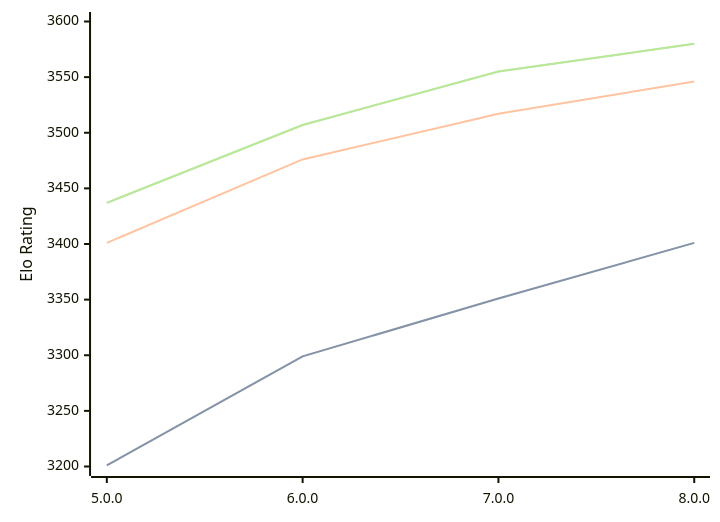
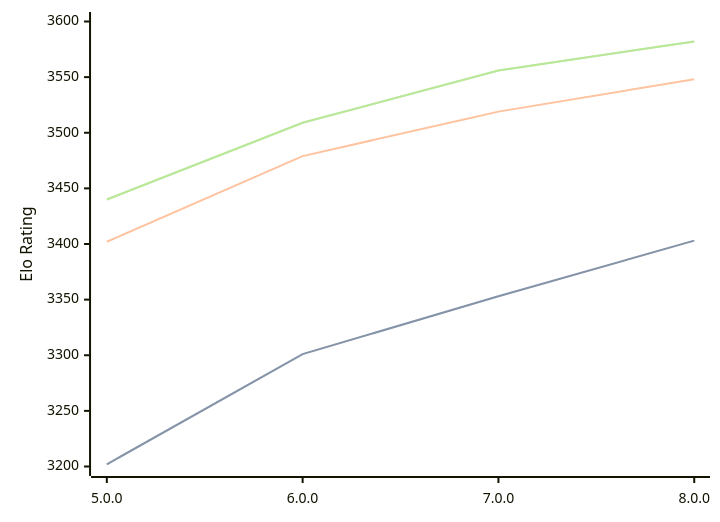
The diagram in engines/Stormphrax.md (computer-chess-index/cci), drawn with Mermaid before and after one commit. The commit also changed other lines of this file, not shown here.

Commit message:
Update CCI Ratings (ELO VLTC) - 2026-09-01

````diff
--- a/engines/Stormphrax.md
+++ b/engines/Stormphrax.md
@@ -34,11 +34,11 @@
 ```mermaid
 %%{init: {"theme":"base","themeVariables":{"seriesColors:['#a3a3a3','#222221','#faa371']}}}%%
 xychart-beta
   x-axis ["5.0.0", "6.0.0", "7.0.0", "8.0.0"]
   y-axis "Elo Rating" 3200 --> 3600
-  line "" [3201, 3299, 3351, 3401]
-  line "STC (8.0+0.08s)" [3201, 3299, 3351, 3401]
-  line "LTC (60.0+0.60s)" [3401, 3476, 3517, 3546]
-  line "" [3437, 3507, 3555, 3580]
-  line "VLTC (2m24s+1.12s)" [3437, 3507, 3555, 3580]
+  line "" [3202, 3301, 3353, 3403]
+  line "STC (8.0+0.08s)" [3202, 3301, 3353, 3403]
+  line "LTC (60.0+0.60s)" [3402, 3479, 3519, 3548]
+  line "" [3440, 3509, 3556, 3582]
+  line "VLTC (2m24s+1.12s)" [3440, 3509, 3556, 3582]
 ```
````
